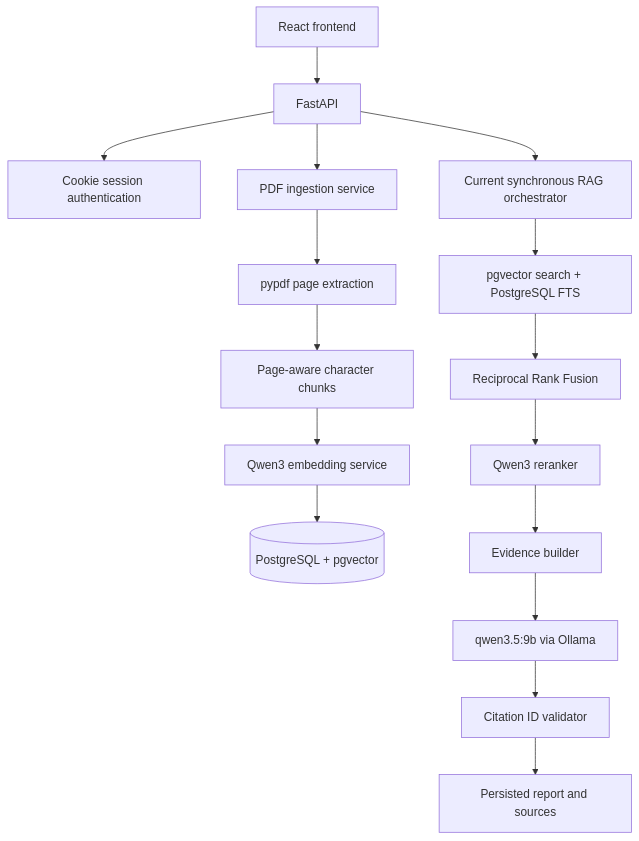
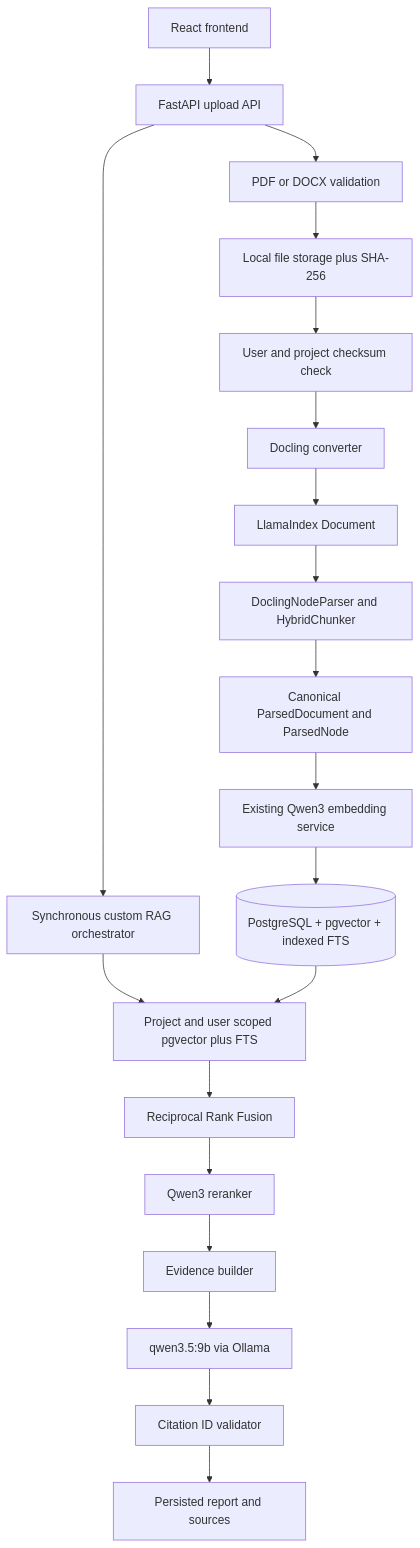
One commit to Santanu-SP/AI-Research-Assistant changed the diagram in docs/ADVANCED_RAG_IMPLEMENTATION.md. Above: the diagram before and after it, drawn with Mermaid. The commit also changed other lines of this file and 30 other files, not shown here.

Commit message:
feat: add Docling and LlamaIndex ingestion foundation

````diff
--- a/docs/ADVANCED_RAG_IMPLEMENTATION.md
+++ b/docs/ADVANCED_RAG_IMPLEMENTATION.md
@@ -17,19 +18,23 @@
 ```mermaid
 flowchart TD
-    UI[React frontend] --> API[FastAPI]
-    API --> AUTH[Cookie session authentication]
-    API --> INGEST[PDF ingestion service]
-    INGEST --> PYPDF[pypdf page extraction]
-    PYPDF --> SPLIT[Page-aware character chunks]
-    SPLIT --> EMBED[Qwen3 embedding service]
-    EMBED --> PG[(PostgreSQL + pgvector)]
+    UI[React frontend] --> API[FastAPI upload API]
+    API --> VALIDATE[PDF or DOCX validation]
+    VALIDATE --> STORE[Local file storage plus SHA-256]
+    STORE --> DEDUPE[User and project checksum check]
+    DEDUPE --> DOCLING[Docling converter]
+    DOCLING --> LIDOC[LlamaIndex Document]
+    LIDOC --> LINODE[DoclingNodeParser and HybridChunker]
+    LINODE --> CANON[Canonical ParsedDocument and ParsedNode]
+    CANON --> EMBED[Existing Qwen3 embedding service]
+    EMBED --> PG[(PostgreSQL + pgvector + indexed FTS)]
 
-    API --> RAG[Current synchronous RAG orchestrator]
-    RAG --> HYBRID[pgvector search + PostgreSQL FTS]
+    API --> RAG[Synchronous custom RAG orchestrator]
+    RAG --> HYBRID[Project and user scoped pgvector plus FTS]
+    PG --> HYBRID
     HYBRID --> RRF[Reciprocal Rank Fusion]
     RRF --> RERANK[Qwen3 reranker]
     RERANK --> EVIDENCE[Evidence builder]
     EVIDENCE --> OLLAMA[qwen3.5:9b via Ollama]
-    OLLAMA --> VALIDATE[Citation ID validator]
-    VALIDATE --> REPORT[Persisted report and sources]
+    OLLAMA --> VALIDATE_CITATION[Citation ID validator]
+    VALIDATE_CITATION --> REPORT[Persisted report and sources]
 ```
````
